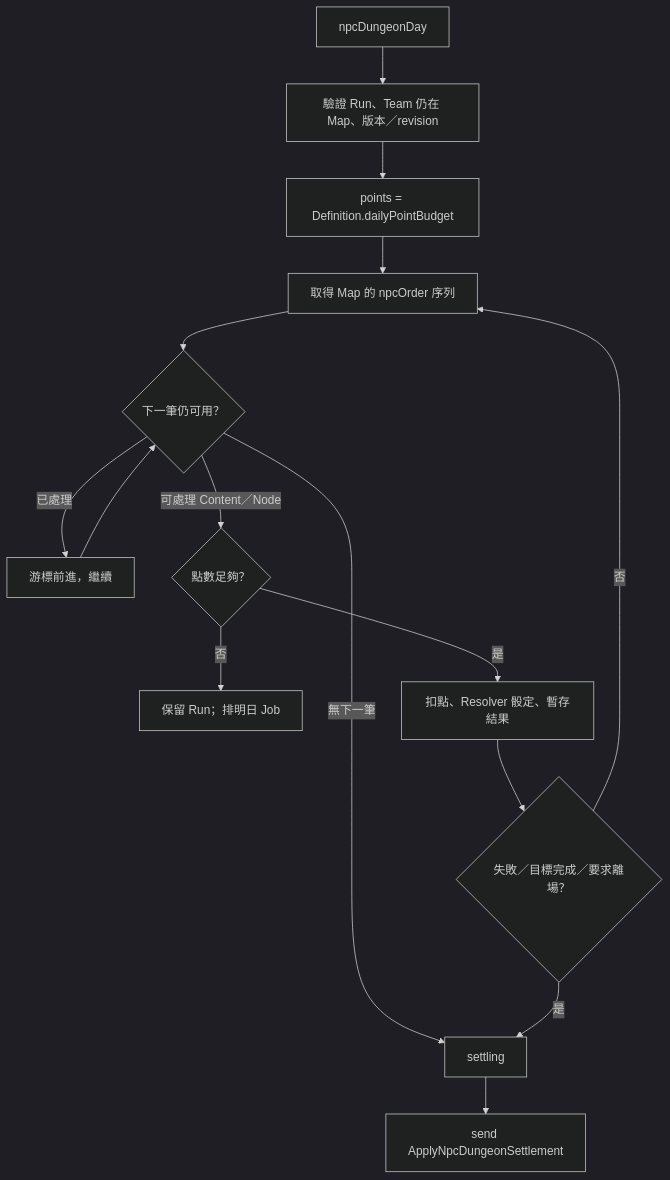
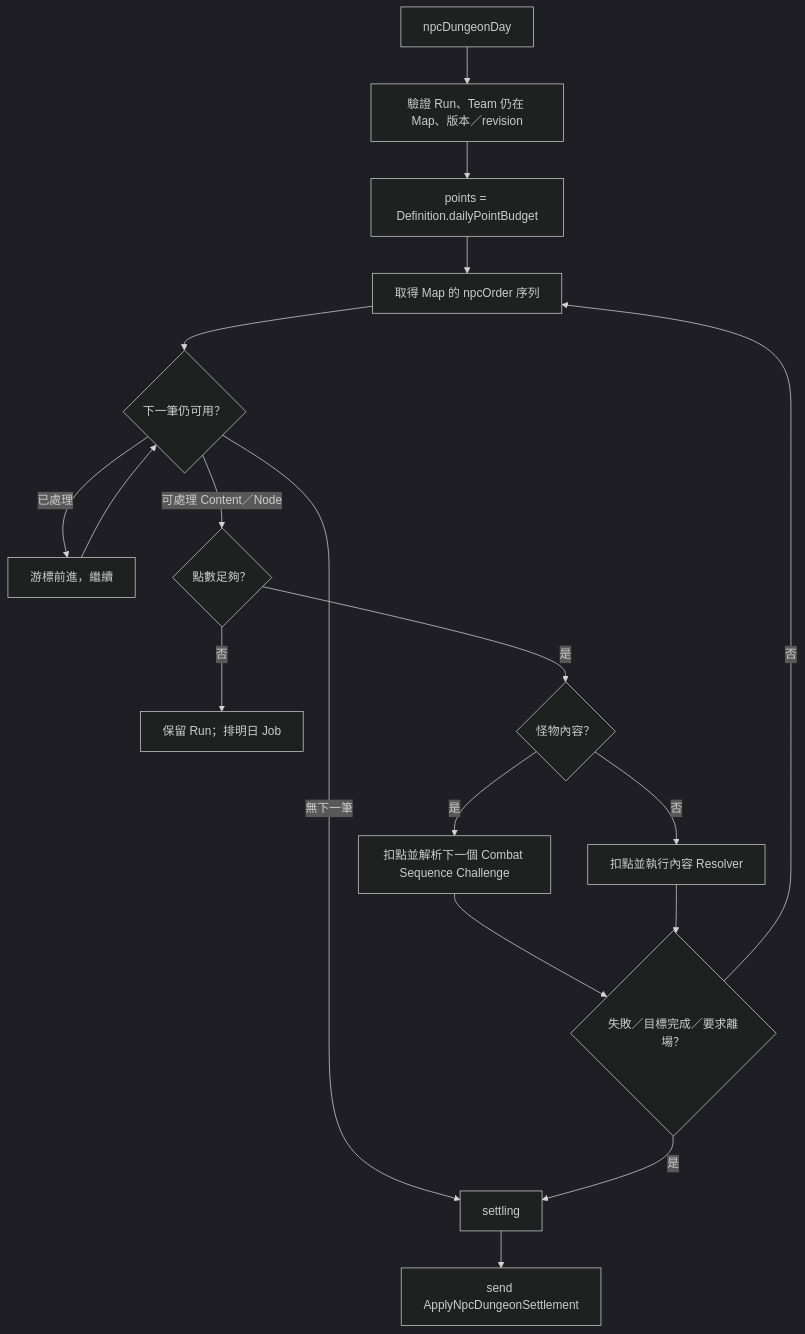
Before and after one commit to SBGChang/GreetingAdventurer: the diagram in docs/00_core/architecture/03_dungeon_module.md, drawn with Mermaid (dark theme). The commit also changed other lines of this file and 37 other files, not shown here.

Commit message:
docs: complete gameplay architecture contracts

````diff
--- a/docs/00_core/architecture/03_dungeon_module.md
+++ b/docs/00_core/architecture/03_dungeon_module.md
@@ -304,17 +331,20 @@
 ```mermaid
 flowchart TD
   A["npcDungeonDay"] --> B["驗證 Run、Team 仍在 Map、版本／revision"]
   B --> C["points = Definition.dailyPointBudget"]
   C --> D["取得 Map 的 npcOrder 序列"]
   D --> E{"下一筆仍可用？"}
   E -- "已處理" --> F["游標前進，繼續"]
   F --> E
   E -- "無下一筆" --> J["settling"]
   E -- "可處理 Content／Node" --> G{"點數足夠？"}
   G -- "否" --> H["保留 Run；排明日 Job"]
-  G -- "是" --> I["扣點、Resolver 骰定、暫存結果"]
-  I --> K{"失敗／目標完成／要求離場？"}
+  G -- "是" --> I{"怪物內容？"}
+  I -- "是" --> IC["扣點並解析下一個 Combat Sequence Challenge"]
+  I -- "否" --> IN["扣點並執行內容 Resolver"]
+  IC --> K{"失敗／目標完成／要求離場？"}
+  IN --> K
   K -- "否" --> D
   K -- "是" --> J
   J --> L["send ApplyNpcDungeonSettlement"]
 ```
````
